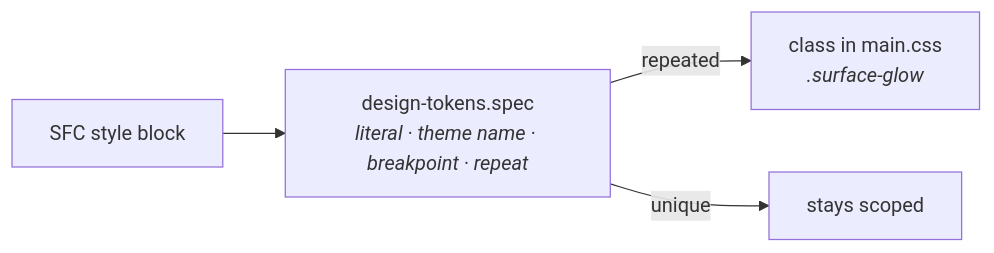
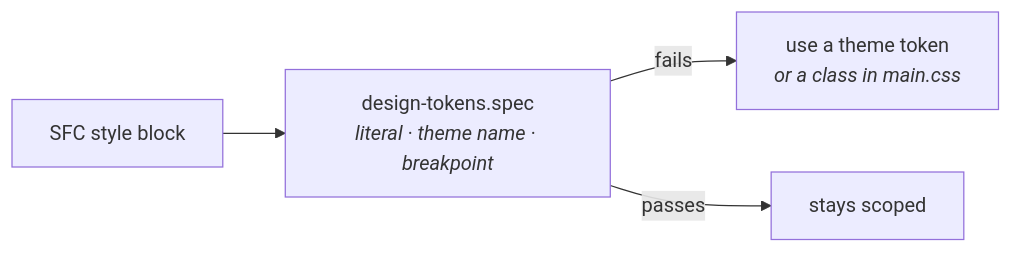
Before and after one commit to Guebbit/boilerplate-vue-frontend: the second of 5 diagrams in docs/theory/design-system.md, drawn with Mermaid. The commit also changed other lines of this file and 8 other files, not shown here.

````diff
--- a/docs/theory/design-system.md
+++ b/docs/theory/design-system.md
@@ -163,6 +163,6 @@
 ```mermaid
 flowchart LR
-    SFC["SFC style block"] --> Spec["design-tokens.spec<br/><i>literal · theme name · breakpoint · repeat</i>"]
-    Spec -->|"repeated"| Main["class in main.css<br/><i>.surface-glow</i>"]
-    Spec -->|"unique"| Stay["stays scoped"]
+    SFC["SFC style block"] --> Spec["design-tokens.spec<br/><i>literal · theme name · breakpoint</i>"]
+    Spec -->|"fails"| Main["use a theme token<br/><i>or a class in main.css</i>"]
+    Spec -->|"passes"| Stay["stays scoped"]
 ```
````
